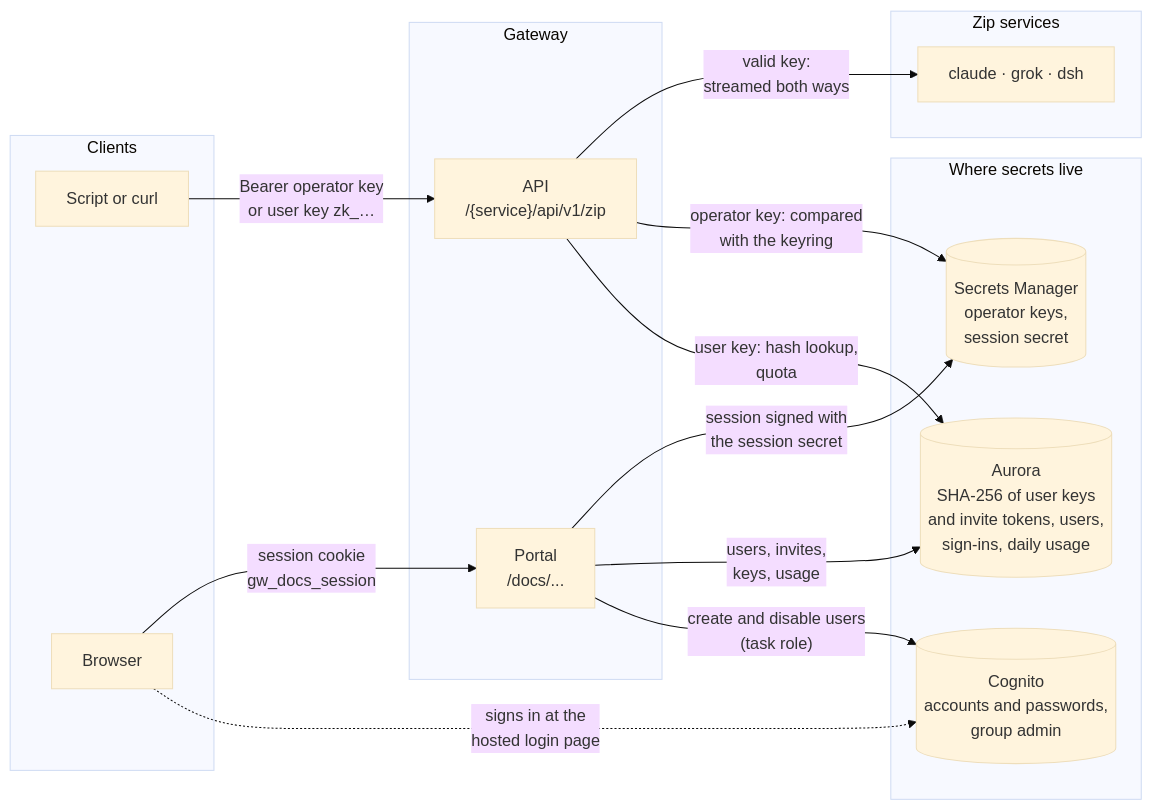
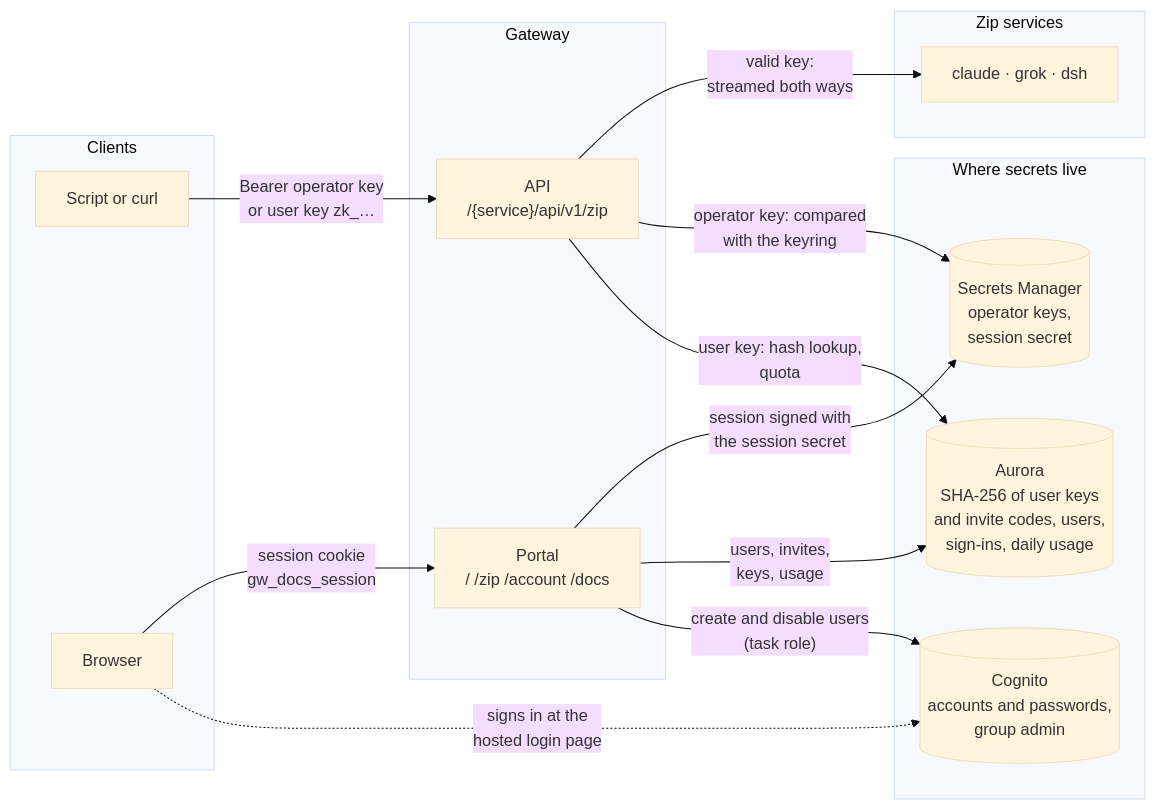
Before and after one commit to zip-agents/api-gateway: the first of 4 diagrams in docs/auth.md, drawn with Mermaid (base theme). The commit also changed other lines of this file and 69 other files, not shown here.

````diff
--- a/docs/auth.md
+++ b/docs/auth.md
@@ -16,33 +21,33 @@
 ```mermaid
 flowchart LR
     subgraph clients[Clients]
         script["Script or curl"]
         browser["Browser"]
     end
 
     subgraph gateway[Gateway]
         api["API<br/>/{service}/api/v1/zip"]
-        portal["Portal<br/>/docs/..."]
+        portal["Portal<br/>/  /zip  /account  /docs"]
     end
 
     subgraph zip[Zip services]
         services["claude · grok · dsh"]
     end
 
     subgraph stores[Where secrets live]
         sm[("Secrets Manager<br/>operator keys,<br/>session secret")]
-        db[("Aurora<br/>SHA-256 of user keys<br/>and invite tokens, users,<br/>sign-ins, daily usage")]
+        db[("Aurora<br/>SHA-256 of user keys<br/>and invite codes, users,<br/>sign-ins, daily usage")]
         cognito[("Cognito<br/>accounts and passwords,<br/>group admin")]
     end
 
     script -- "Bearer operator key<br/>or user key zk_…" --> api
     api -- "valid key:<br/>streamed both ways" --> services
     browser -- "session cookie<br/>gw_docs_session" --> portal
     browser -. "signs in at the<br/>hosted login page" .-> cognito
 
     api -- "operator key: compared<br/>with the keyring" --> sm
     api -- "user key: hash lookup,<br/>quota" --> db
     portal -- "session signed with<br/>the session secret" --> sm
     portal -- "users, invites,<br/>keys, usage" --> db
     portal -- "create and disable users<br/>(task role)" --> cognito
 ```
````
